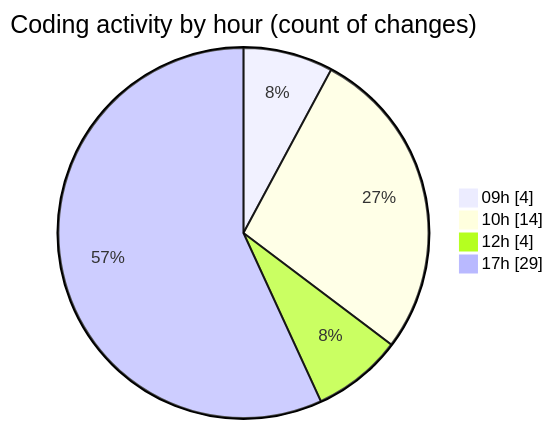
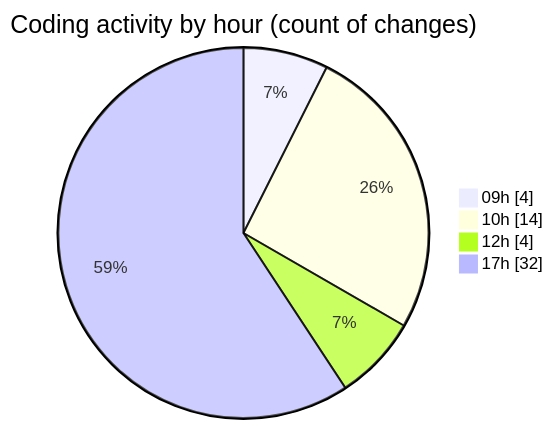
Before and after one commit to Elitesun/code-tracking: the second of 2 diagrams in 2025-05-06/niten/README.md, drawn with Mermaid. The commit also changed other lines of this file and 1 other file, not shown here.

````diff
--- a/2025-05-06/niten/README.md
+++ b/2025-05-06/niten/README.md
@@ -51,8 +53,8 @@
 ```mermaid
 pie showData
 title Coding activity by hour (count of changes)
 "09h" : 4
 "10h" : 14
 "12h" : 4
-"17h" : 29
+"17h" : 32
 ```
````
